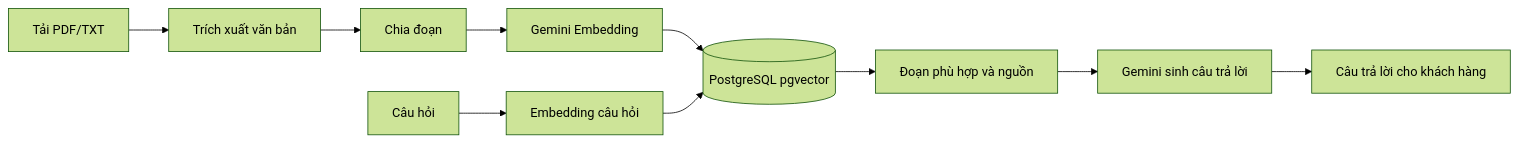
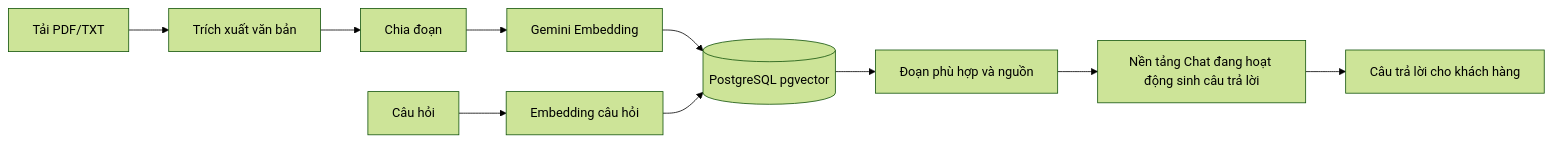
The third of 3 diagrams in USER_GUIDE.md (TinTran04/HSF302-Smartphone-AI), drawn with Mermaid (forest theme) before and after one commit. The commit also changed other lines of this file and 26 other files, not shown here.

First line of the commit message:
feat(ai): hoán chuyển nền tảng Chat giữa Gemini, Groq và DeepSeek

````diff
--- a/USER_GUIDE.md
+++ b/USER_GUIDE.md
@@ -282,12 +306,12 @@
 ```mermaid
 flowchart LR
     A[Tải PDF/TXT] --> B[Trích xuất văn bản]
     B --> C[Chia đoạn]
     C --> D[Gemini Embedding]
     D --> E[(PostgreSQL pgvector)]
     Q[Câu hỏi] --> F[Embedding câu hỏi]
     F --> E
     E --> H[Đoạn phù hợp và nguồn]
-    H --> G[Gemini sinh câu trả lời]
+    H --> G[Nền tảng Chat đang hoạt động sinh câu trả lời]
     G --> R[Câu trả lời cho khách hàng]
 ```
````
